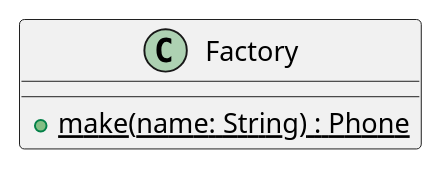
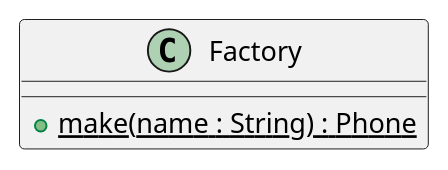
Before and after one commit to lyhcode/oosad: the diagram in ex-phone/the_factory_class.md, drawn with PlantUML. The commit also changed 21 other files, not shown here.

````diff
--- a/ex-phone/the_factory_class.md
+++ b/ex-phone/the_factory_class.md
@@ -5,7 +5,7 @@
 ```uml
 @startuml
 class Factory {
-    +{static} make(name: String) : Phone
+    +{static} make(name : String) : Phone
 }
 @enduml
 ```
````
